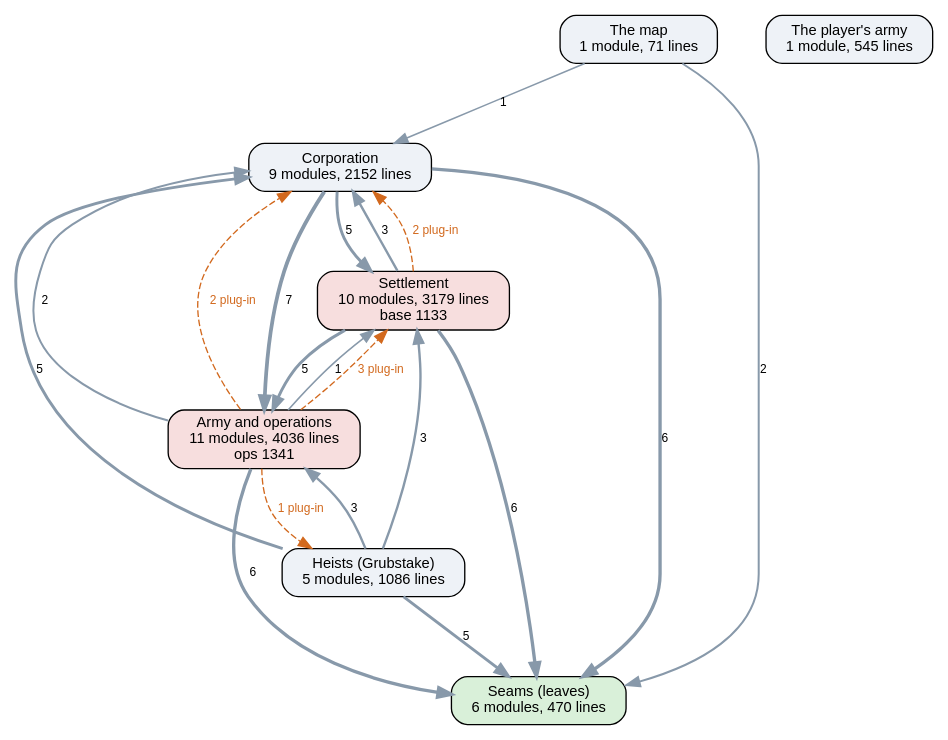
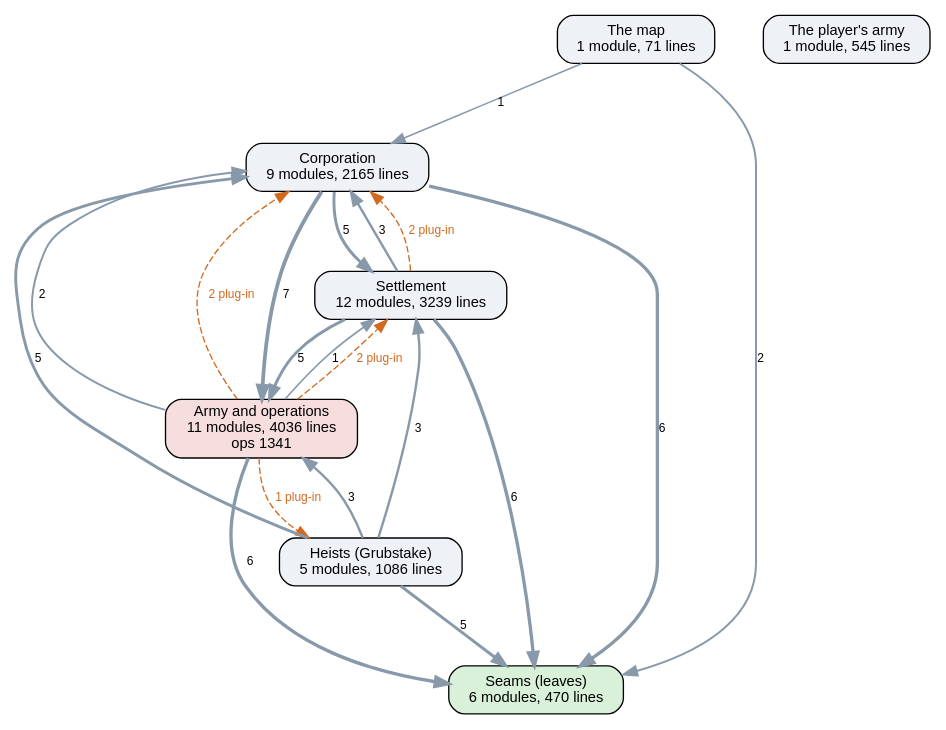
One commit to kinelhu/landing-party changed the diagram in docs/ai-layers.dot. Above: the diagram before and after it, drawn with Graphviz. The commit also changed 12 other files, not shown here.

```diff
--- a/docs/ai-layers.dot
+++ b/docs/ai-layers.dot
@@ -1,31 +1,31 @@
 digraph layers {
   graph [rankdir=TB, fontname="Helvetica", nodesep=0.5, ranksep=0.7];
   node [shape=box, style="rounded,filled", fontname="Helvetica", fontsize=11, fillcolor="#eef2f7"];
   edge [color="#8899aa", fontname="Helvetica", fontsize=9];
   "Seams (leaves)" [label="Seams (leaves)\n6 modules, 470 lines", fillcolor="#d9f0d9"];
-  "Corporation" [label="Corporation\n9 modules, 2152 lines", fillcolor="#eef2f7"];
-  "Settlement" [label="Settlement\n10 modules, 3179 lines\nbase 1133", fillcolor="#f7dede"];
+  "Corporation" [label="Corporation\n9 modules, 2165 lines", fillcolor="#eef2f7"];
+  "Settlement" [label="Settlement\n12 modules, 3239 lines", fillcolor="#eef2f7"];
   "Army and operations" [label="Army and operations\n11 modules, 4036 lines\nops 1341", fillcolor="#f7dede"];
   "Heists (Grubstake)" [label="Heists (Grubstake)\n5 modules, 1086 lines", fillcolor="#eef2f7"];
   "The map" [label="The map\n1 module, 71 lines", fillcolor="#eef2f7"];
   "The player's army" [label="The player's army\n1 module, 545 lines", fillcolor="#eef2f7"];
   "Army and operations" -> "Corporation" [label="2", penwidth=1.5];
   "Army and operations" -> "Seams (leaves)" [label="6", penwidth=2.5];
   "Army and operations" -> "Settlement" [label="1", penwidth=1.2];
   "Corporation" -> "Army and operations" [label="7", penwidth=2.8];
   "Corporation" -> "Seams (leaves)" [label="6", penwidth=2.5];
   "Corporation" -> "Settlement" [label="5", penwidth=2.2];
   "Heists (Grubstake)" -> "Army and operations" [label="3", penwidth=1.8];
   "Heists (Grubstake)" -> "Corporation" [label="5", penwidth=2.2];
   "Heists (Grubstake)" -> "Seams (leaves)" [label="5", penwidth=2.2];
   "Heists (Grubstake)" -> "Settlement" [label="3", penwidth=1.8];
   "Settlement" -> "Army and operations" [label="5", penwidth=2.2];
   "Settlement" -> "Corporation" [label="3", penwidth=1.8];
   "Settlement" -> "Seams (leaves)" [label="6", penwidth=2.5];
   "The map" -> "Corporation" [label="1", penwidth=1.2];
   "The map" -> "Seams (leaves)" [label="2", penwidth=1.5];
   "Army and operations" -> "Corporation" [style=dashed, color="#d2691e", fontcolor="#d2691e", label="2 plug-in"];
   "Army and operations" -> "Heists (Grubstake)" [style=dashed, color="#d2691e", fontcolor="#d2691e", label="1 plug-in"];
-  "Army and operations" -> "Settlement" [style=dashed, color="#d2691e", fontcolor="#d2691e", label="3 plug-in"];
+  "Army and operations" -> "Settlement" [style=dashed, color="#d2691e", fontcolor="#d2691e", label="2 plug-in"];
   "Settlement" -> "Corporation" [style=dashed, color="#d2691e", fontcolor="#d2691e", label="2 plug-in"];
 }
```
